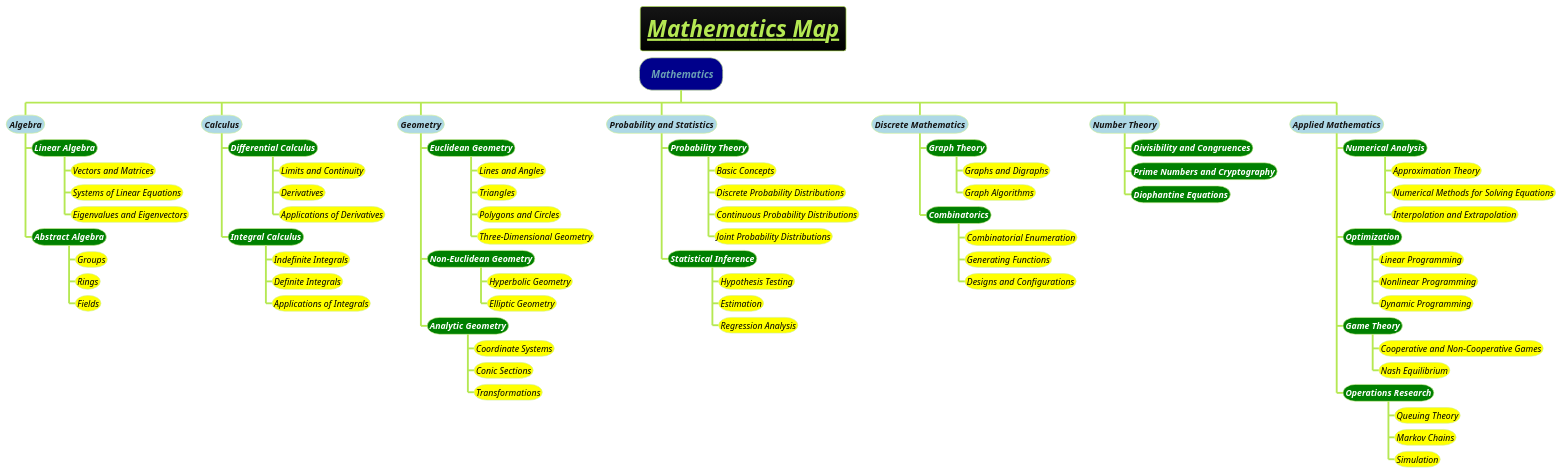
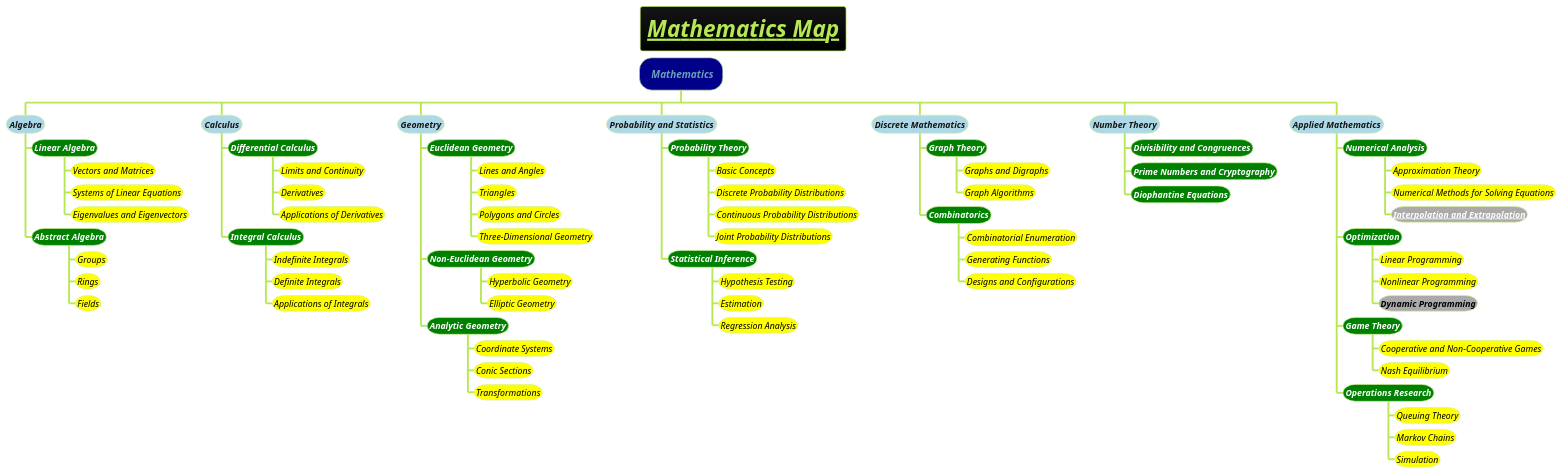
The diagram in docs/books/1-books-backlog/mathematics/math-map.puml (MehmoodHashmi/Documentation-as-Code-DaC), drawn with PlantUML before and after one commit. The commit also changed 3 other files, not shown here.

```diff
--- a/docs/books/1-books-backlog/mathematics/math-map.puml
+++ b/docs/books/1-books-backlog/mathematics/math-map.puml
@@ -1,79 +1,79 @@
 @startwbs
 title =<i><b><u>Mathematics Map
 !theme hacker
 
 
 
 
 
 *[#darkblue] <i> Mathematics
 **[#lightblue] <i><color #blac><size:14>Algebra
 ***[#green] <b><i><color #white><size:14>Linear Algebra
 ****[#yellow] <i><color #black><size:14>Vectors and Matrices
 ****[#yellow] <i><color #black><size:14>Systems of Linear Equations
 ****[#yellow] <i><color #black><size:14>Eigenvalues and Eigenvectors
 ***[#green] <b><i><color #white><size:14>Abstract Algebra
 ****[#yellow] <i><color #black><size:14>Groups
 ****[#yellow] <i><color #black><size:14>Rings
 ****[#yellow] <i><color #black><size:14>Fields
 **[#lightblue] <i><color #blac><size:14>Calculus
 ***[#green] <b><i><color #white><size:14>Differential Calculus
 ****[#yellow] <i><color #black><size:14>Limits and Continuity
 ****[#yellow] <i><color #black><size:14>Derivatives
 ****[#yellow] <i><color #black><size:14>Applications of Derivatives
 ***[#green] <b><i><color #white><size:14>Integral Calculus
 ****[#yellow] <i><color #black><size:14>Indefinite Integrals
 ****[#yellow] <i><color #black><size:14>Definite Integrals
 ****[#yellow] <i><color #black><size:14>Applications of Integrals
 **[#lightblue] <i><color #blac><size:14>Geometry
 ***[#green] <b><i><color #white><size:14>Euclidean Geometry
 ****[#yellow] <i><color #black><size:14>Lines and Angles
 ****[#yellow] <i><color #black><size:14>Triangles
 ****[#yellow] <i><color #black><size:14>Polygons and Circles
 ****[#yellow] <i><color #black><size:14>Three-Dimensional Geometry
 ***[#green] <b><i><color #white><size:14>Non-Euclidean Geometry
 ****[#yellow] <i><color #black><size:14>Hyperbolic Geometry
 ****[#yellow] <i><color #black><size:14>Elliptic Geometry
 ***[#green] <b><i><color #white><size:14>Analytic Geometry
 ****[#yellow] <i><color #black><size:14>Coordinate Systems
 ****[#yellow] <i><color #black><size:14>Conic Sections
 ****[#yellow] <i><color #black><size:14>Transformations
 **[#lightblue] <i><color #blac><size:14>Probability and Statistics
 ***[#green] <b><i><color #white><size:14>Probability Theory
 ****[#yellow] <i><color #black><size:14>Basic Concepts
 ****[#yellow] <i><color #black><size:14>Discrete Probability Distributions
 ****[#yellow] <i><color #black><size:14>Continuous Probability Distributions
 ****[#yellow] <i><color #black><size:14>Joint Probability Distributions
 ***[#green] <b><i><color #white><size:14>Statistical Inference
 ****[#yellow] <i><color #black><size:14>Hypothesis Testing
 ****[#yellow] <i><color #black><size:14>Estimation
 ****[#yellow] <i><color #black><size:14>Regression Analysis
 **[#lightblue] <i><color #blac><size:14>Discrete Mathematics
 ***[#green] <b><i><color #white><size:14>Graph Theory
 ****[#yellow] <i><color #black><size:14>Graphs and Digraphs
 ****[#yellow] <i><color #black><size:14>Graph Algorithms
 ***[#green] <b><i><color #white><size:14>Combinatorics
 ****[#yellow] <i><color #black><size:14>Combinatorial Enumeration
 ****[#yellow] <i><color #black><size:14>Generating Functions
 ****[#yellow] <i><color #black><size:14>Designs and Configurations
 **[#lightblue] <i><color #blac><size:14>Number Theory
 ***[#green] <b><i><color #white><size:14>Divisibility and Congruences
 ***[#green] <b><i><color #white><size:14>Prime Numbers and Cryptography
 ***[#green] <b><i><color #white><size:14>Diophantine Equations
 **[#lightblue] <i><color #blac><size:14>Applied Mathematics
 ***[#green] <b><i><color #white><size:14>Numerical Analysis
 ****[#yellow] <i><color #black><size:14>Approximation Theory
 ****[#yellow] <i><color #black><size:14>Numerical Methods for Solving Equations
-****[#yellow] <i><color #black><size:14>Interpolation and Extrapolation
+****[#a] <i><color #black><size:14><b>[[docs/3-programming-languages/Venkat-Subramaniam/Non-Linear-Behavior-in-Programming.puml Interpolation and Extrapolation]]
 ***[#green] <b><i><color #white><size:14>Optimization
 ****[#yellow] <i><color #black><size:14>Linear Programming
 ****[#yellow] <i><color #black><size:14>Nonlinear Programming
-****[#yellow] <i><color #black><size:14>Dynamic Programming
+****[#a] <i><color #black><size:14><b>Dynamic Programming
 ***[#green] <b><i><color #white><size:14>Game Theory
 ****[#yellow] <i><color #black><size:14>Cooperative and Non-Cooperative Games
 ****[#yellow] <i><color #black><size:14>Nash Equilibrium
 ***[#green] <b><i><color #white><size:14>Operations Research
 ****[#yellow] <i><color #black><size:14>Queuing Theory
 ****[#yellow] <i><color #black><size:14>Markov Chains
 ****[#yellow] <i><color #black><size:14>Simulation
 @endwbs
```
